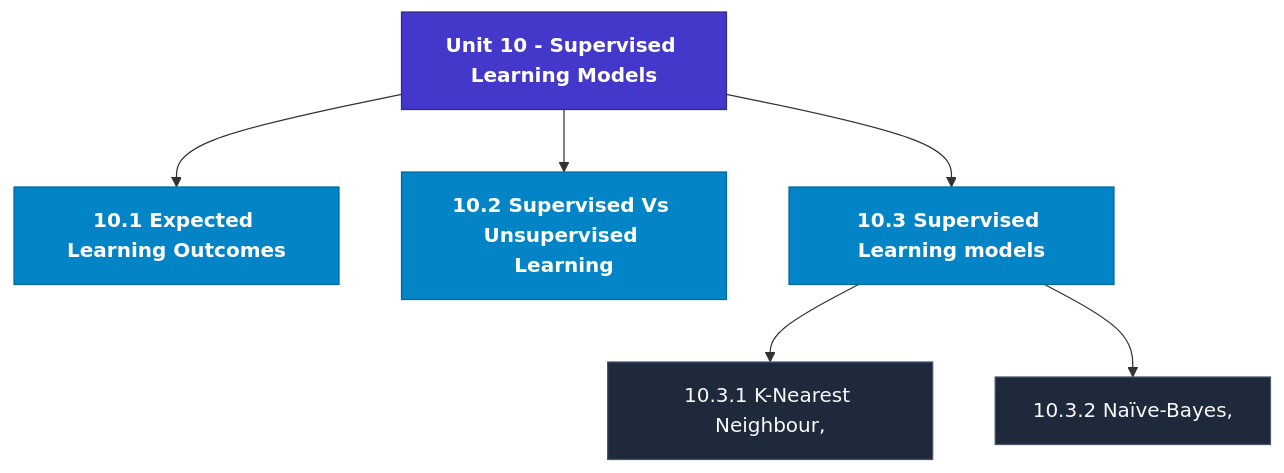
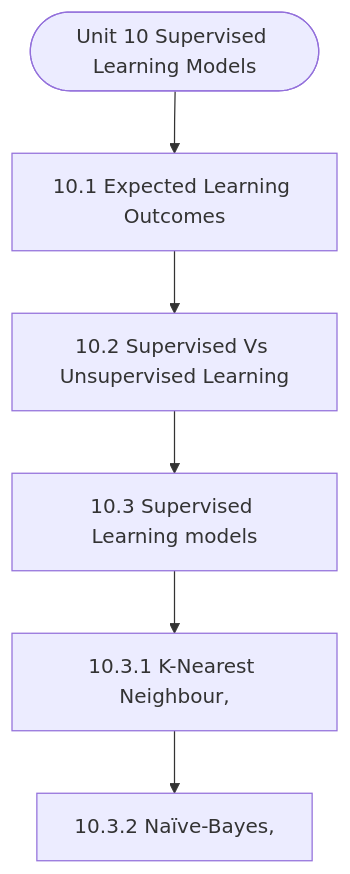
One commit to Asutosh-Coaching/mscdsa changed the diagram in notes/Semester_2/MCS-068_Predictive_Data_Analysis/unit_10_Supervised_Learning_Models.md. Above: the diagram before and after it, drawn with Mermaid. The commit also changed other lines of this file and 115 other files, not shown here.

Commit message:
Fix Mermaid layout for mobile, isolate LaTeX delimiters, and add GitHub Pages reader

````diff
--- a/notes/Semester_2/MCS-068_Predictive_Data_Analysis/unit_10_Supervised_Learning_Models.md
+++ b/notes/Semester_2/MCS-068_Predictive_Data_Analysis/unit_10_Supervised_Learning_Models.md
@@ -19,19 +19,14 @@
 ```mermaid
 flowchart TD
-  %% Styling Definitions
-  classDef head fill:#4338ca,stroke:#312e81,color:#ffffff,font-weight:bold;
-  classDef topic fill:#0284c7,stroke:#0369a1,color:#ffffff,font-weight:600;
-  classDef sub fill:#1e293b,stroke:#475569,color:#f8fafc;
-
-  Root["Unit 10 - Supervised Learning Models"]:::head
-  M1["10.1 Expected Learning Outcomes"]:::topic
-  Root --> M1
-  M2["10.2 Supervised Vs Unsupervised Learning"]:::topic
-  Root --> M2
-  M3["10.3 Supervised Learning models"]:::topic
-  Root --> M3
-  M3_1["10.3.1 K-Nearest Neighbour,"]:::sub
-  M3 --> M3_1
-  M3_2["10.3.2 Naïve-Bayes,"]:::sub
-  M3 --> M3_2
+  Start(["Unit 10 Supervised Learning Models"])
+  N1["10.1 Expected Learning Outcomes"]
+  N2["10.2 Supervised Vs Unsupervised Learning"]
+  N3["10.3 Supervised Learning models"]
+  N4["10.3.1 K-Nearest Neighbour,"]
+  N5["10.3.2 Naïve-Bayes,"]
+  Start --> N1
+  N1 --> N2
+  N2 --> N3
+  N3 --> N4
+  N4 --> N5
 ```
````
